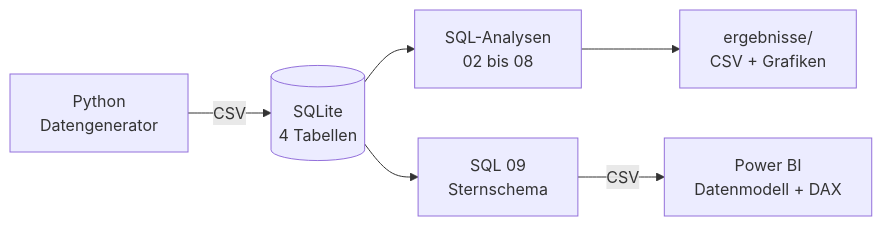
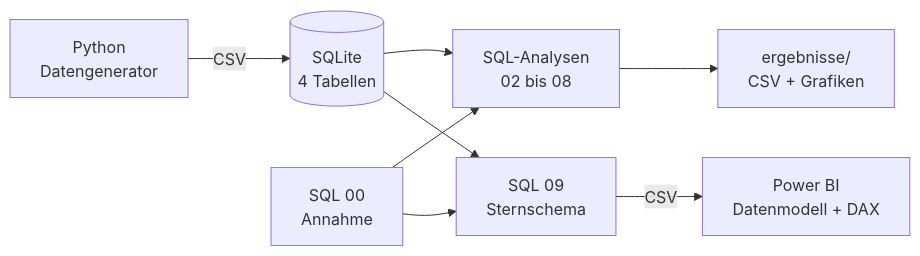
One commit to ashkln-hub/kreditportfolio-risikoanalyse-sql-powerbi changed the diagram in README.md. Above: the diagram before and after it, drawn with Mermaid. The commit also changed other lines of this file and 2 other files, not shown here.

````diff
--- a/README.md
+++ b/README.md
@@ -67,8 +79,10 @@
 ```mermaid
 flowchart LR
     A[Python<br/>Datengenerator] -->|CSV| B[(SQLite<br/>4 Tabellen)]
+    N[SQL 00<br/>Annahme] --> C
     B --> C[SQL-Analysen<br/>02 bis 08]
     C --> D[ergebnisse/<br/>CSV + Grafiken]
     B --> E[SQL 09<br/>Sternschema]
+    N --> E
     E -->|CSV| F[Power BI<br/>Datenmodell + DAX]
 ```
````
